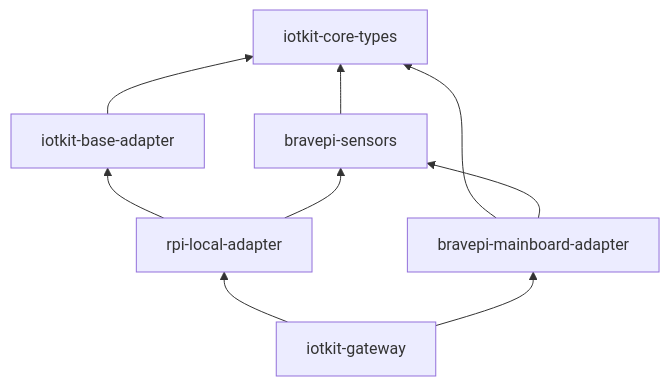
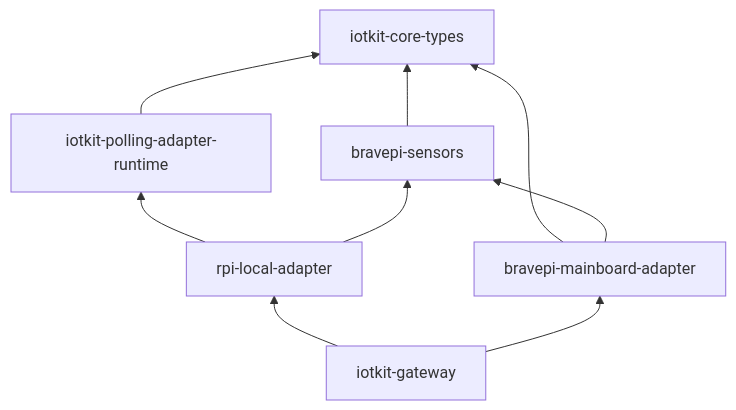
The diagram in docs/superpowers/specs/2026-03-28-base-adapter-design.md (w-pinkietech/iotkit), drawn with Mermaid before and after one commit. The commit also changed other lines of this file and 10 other files, not shown here.

First line of the commit message:
refactor: rename iotkit-base-adapter to iotkit-polling-adapter-runtime

````diff
--- a/docs/superpowers/specs/2026-03-28-base-adapter-design.md
+++ b/docs/superpowers/specs/2026-03-28-base-adapter-design.md
@@ -465,18 +465,18 @@
 ```mermaid
 graph BT
     core-types["iotkit-core-types"]
     sensors["bravepi-sensors"]
-    base["iotkit-base-adapter"]
+    polling-rt["iotkit-polling-adapter-runtime"]
     bravepi["bravepi-mainboard-adapter"]
     rpi["rpi-local-adapter"]
     gateway["iotkit-gateway"]
 
     sensors --> core-types
-    base --> core-types
+    polling-rt --> core-types
     bravepi --> core-types
     bravepi --> sensors
-    rpi --> base
+    rpi --> polling-rt
     rpi --> sensors
     gateway --> rpi
     gateway --> bravepi
 ```
````
